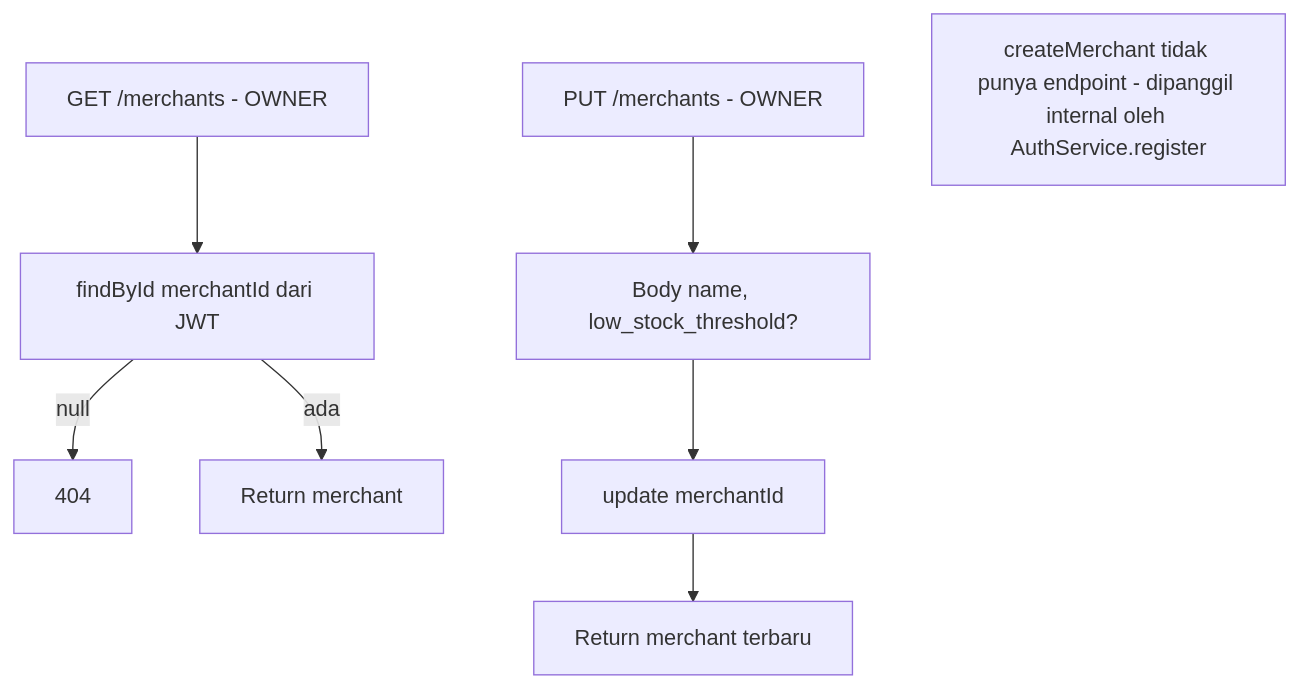
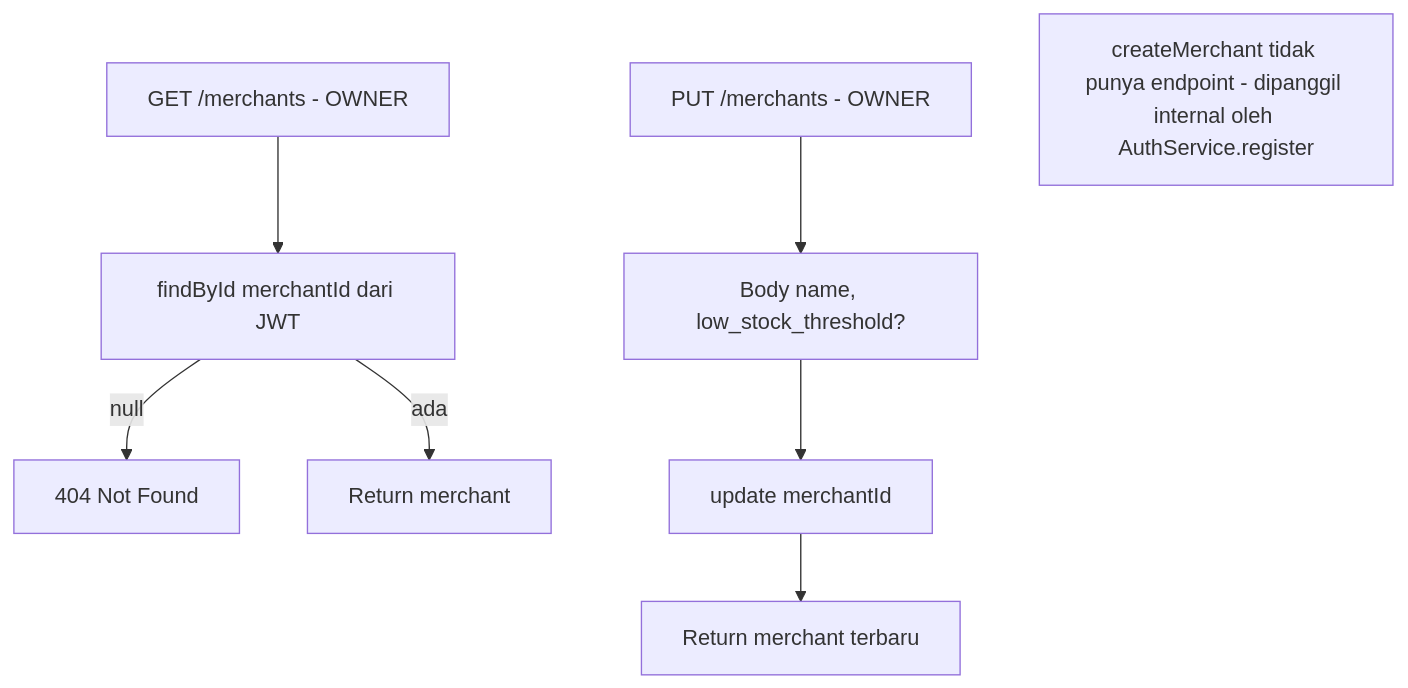
The tenth of 21 diagrams in docs/system-flow.md (TeamOneee/pos-project-be), drawn with Mermaid before and after one commit. The commit also changed other lines of this file and 9 other files, not shown here.

````diff
--- a/docs/system-flow.md
+++ b/docs/system-flow.md
@@ -241,12 +280,12 @@
 ```mermaid
 flowchart TD
     GET[GET /merchants - OWNER] --> BYID[findById merchantId dari JWT]
-    BYID -->|null| 404[404]
+    BYID -->|null| N404[404 Not Found]
     BYID -->|ada| RET[Return merchant]
 
     PUT[PUT /merchants - OWNER] --> BODY[Body name, low_stock_threshold?]
     BODY --> UPD[update merchantId]
     UPD --> RET2[Return merchant terbaru]
 
     NOTE[createMerchant tidak punya endpoint - dipanggil internal oleh AuthService.register]
 ```
````
